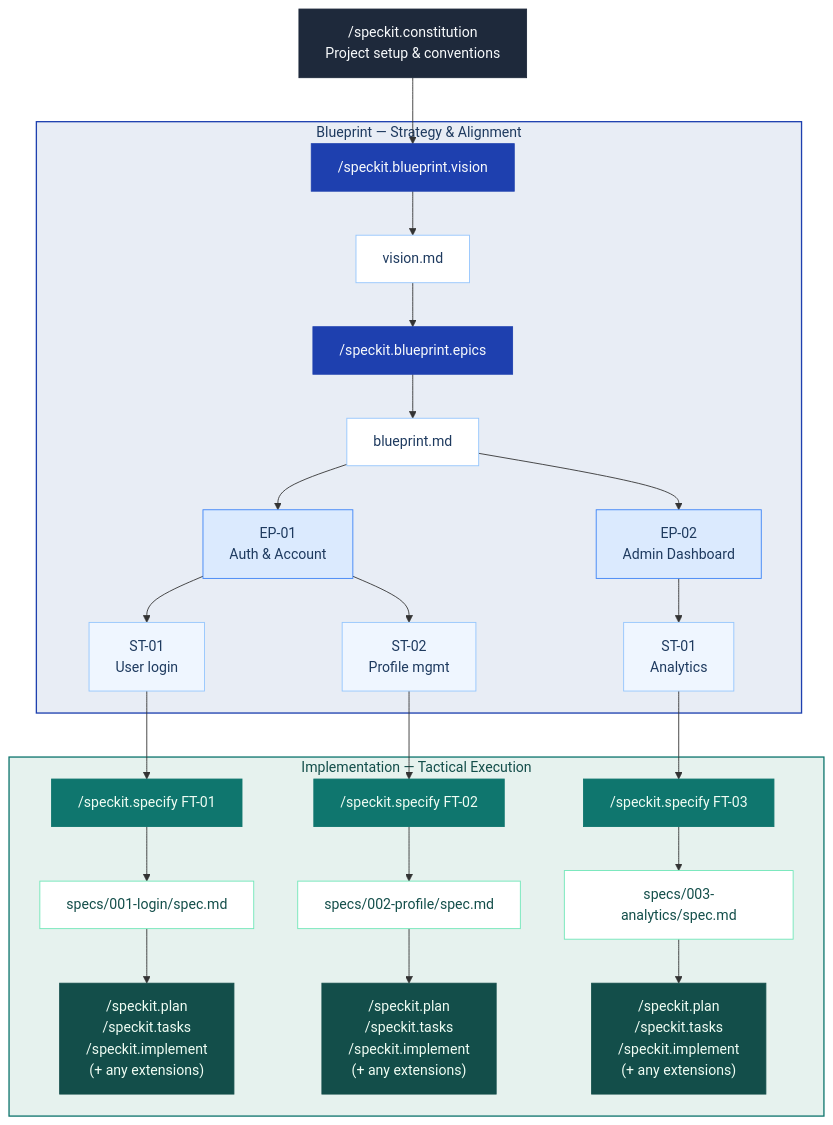
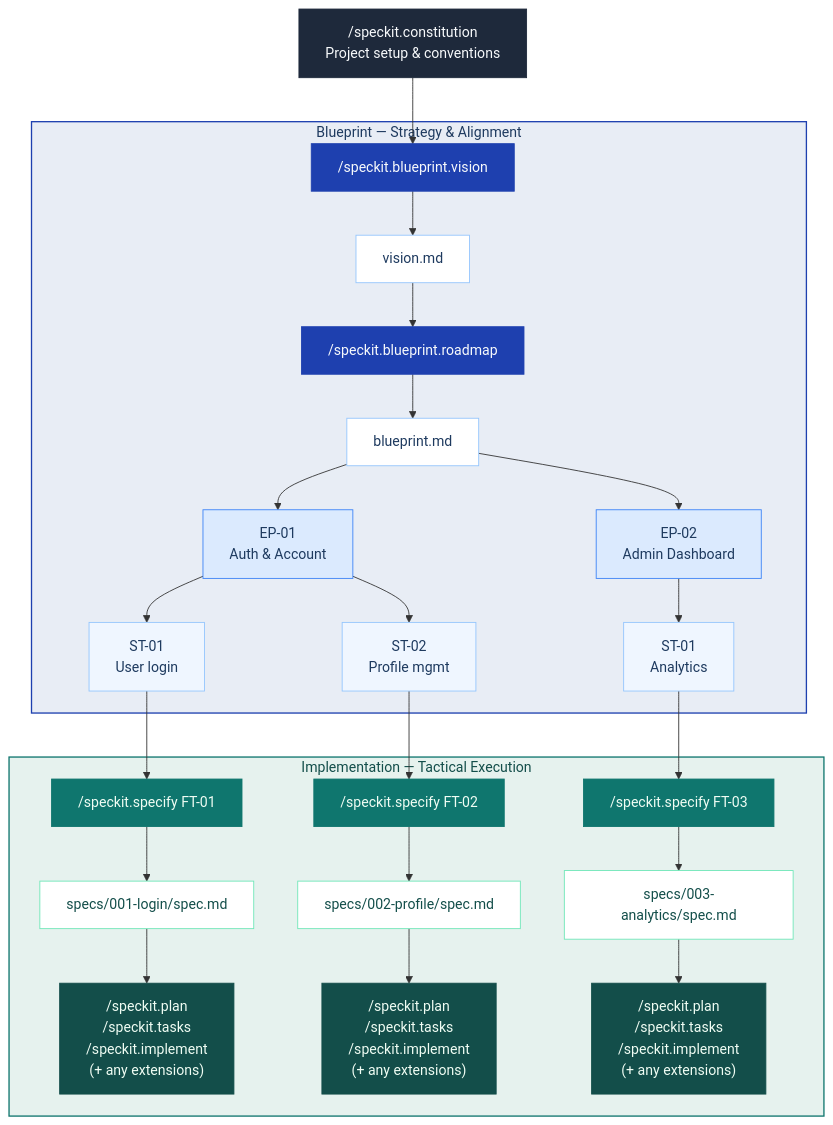
Before and after one commit to jaeryun/spec-kit-blueprint: the diagram in README.md, drawn with Mermaid. The commit also changed other lines of this file and 21 other files, not shown here.

````diff
--- a/README.md
+++ b/README.md
@@ -22,51 +22,51 @@
 ```mermaid
 flowchart TD
     A["/speckit.constitution\nProject setup & conventions"] --> B
 
     subgraph bp ["Blueprint — Strategy & Alignment"]
         B["/speckit.blueprint.vision"]
         B --> C["vision.md"]
-        C --> D["/speckit.blueprint.epics"]
+        C --> D["/speckit.blueprint.roadmap"]
         D --> BP["blueprint.md"]
         BP --> EP1["EP-01\nAuth & Account"]
         EP1 --> ST1["ST-01\nUser login"]
         EP1 --> ST2["ST-02\nProfile mgmt"]
         BP --> EP2["EP-02\nAdmin Dashboard"]
         EP2 --> ST3["ST-01\nAnalytics"]
     end
 
     ST1 --> F
     ST2 --> G
     ST3 --> H
 
     subgraph impl ["Implementation — Tactical Execution"]
         F["/speckit.specify FT-01"] --> spec1["specs/001-login/spec.md"]
         G["/speckit.specify FT-02"] --> spec2["specs/002-profile/spec.md"]
         H["/speckit.specify FT-03"] --> spec3["specs/003-analytics/spec.md"]
         spec1 --> NEXT1["/speckit.plan\n/speckit.tasks\n/speckit.implement\n(+ any extensions)"]
         spec2 --> NEXT2["/speckit.plan\n/speckit.tasks\n/speckit.implement\n(+ any extensions)"]
         spec3 --> NEXT3["/speckit.plan\n/speckit.tasks\n/speckit.implement\n(+ any extensions)"]
     end
 
     style bp fill:#e8edf5,stroke:#1e40af,stroke-width:1.5px,color:#1e3a5f
     style impl fill:#e6f2ee,stroke:#0f766e,stroke-width:1.5px,color:#134e4a
     style A fill:#1e293b,stroke:#1e293b,color:#f8fafc
     style B fill:#1e40af,stroke:#1e40af,color:#f8fafc
     style C fill:#ffffff,stroke:#93c5fd,color:#1e3a5f
     style D fill:#1e40af,stroke:#1e40af,color:#f8fafc
     style BP fill:#ffffff,stroke:#93c5fd,color:#1e3a5f
     style EP1 fill:#dbeafe,stroke:#3b82f6,color:#1e3a5f
     style EP2 fill:#dbeafe,stroke:#3b82f6,color:#1e3a5f
     style ST1 fill:#eff6ff,stroke:#93c5fd,color:#1e3a5f
     style ST2 fill:#eff6ff,stroke:#93c5fd,color:#1e3a5f
     style ST3 fill:#eff6ff,stroke:#93c5fd,color:#1e3a5f
     style F fill:#0f766e,stroke:#0f766e,color:#f0fdf4
     style G fill:#0f766e,stroke:#0f766e,color:#f0fdf4
     style H fill:#0f766e,stroke:#0f766e,color:#f0fdf4
     style spec1 fill:#ffffff,stroke:#6ee7b7,color:#134e4a
     style spec2 fill:#ffffff,stroke:#6ee7b7,color:#134e4a
     style spec3 fill:#ffffff,stroke:#6ee7b7,color:#134e4a
     style NEXT1 fill:#134e4a,stroke:#134e4a,color:#f0fdf4
     style NEXT2 fill:#134e4a,stroke:#134e4a,color:#f0fdf4
     style NEXT3 fill:#134e4a,stroke:#134e4a,color:#f0fdf4
 ```
````
